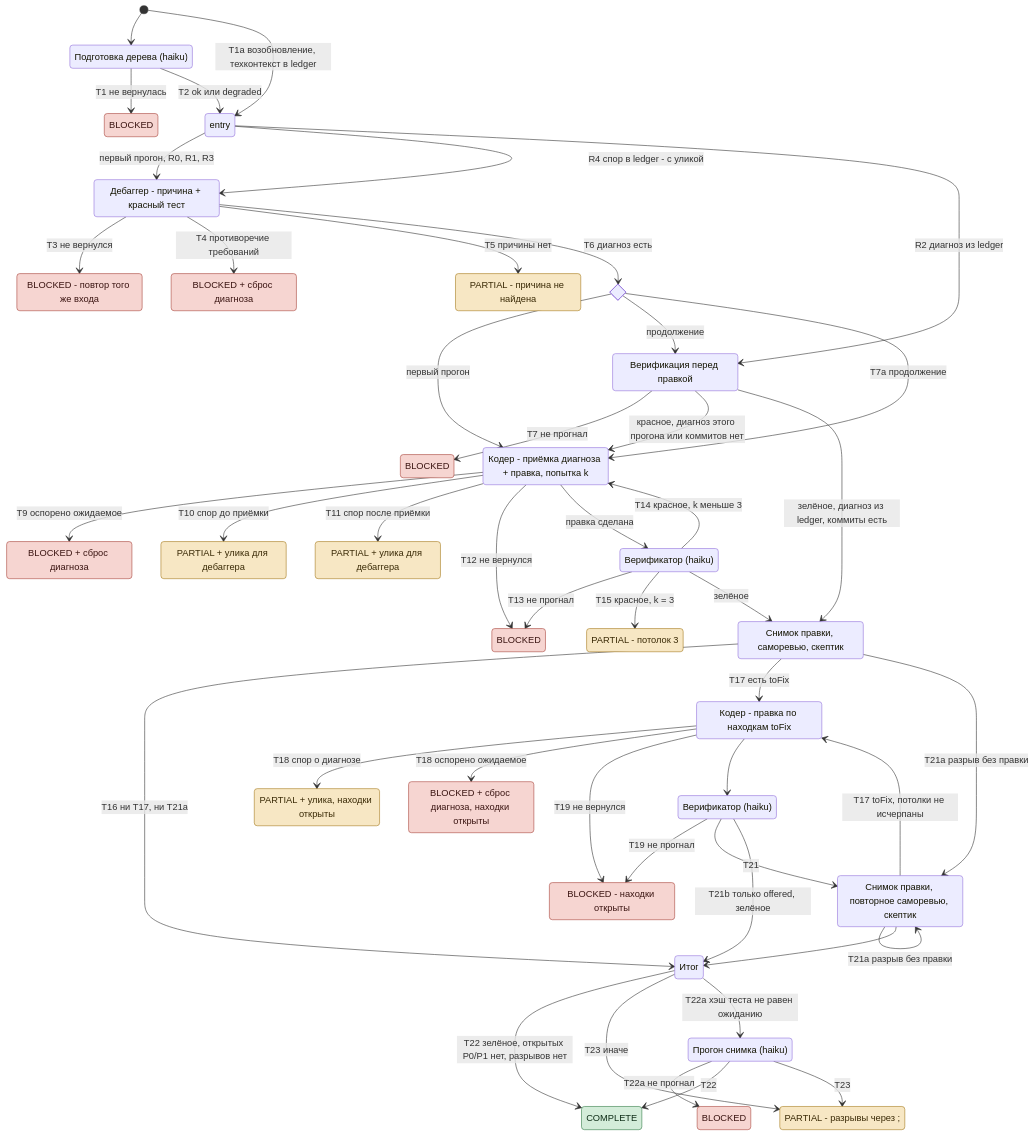
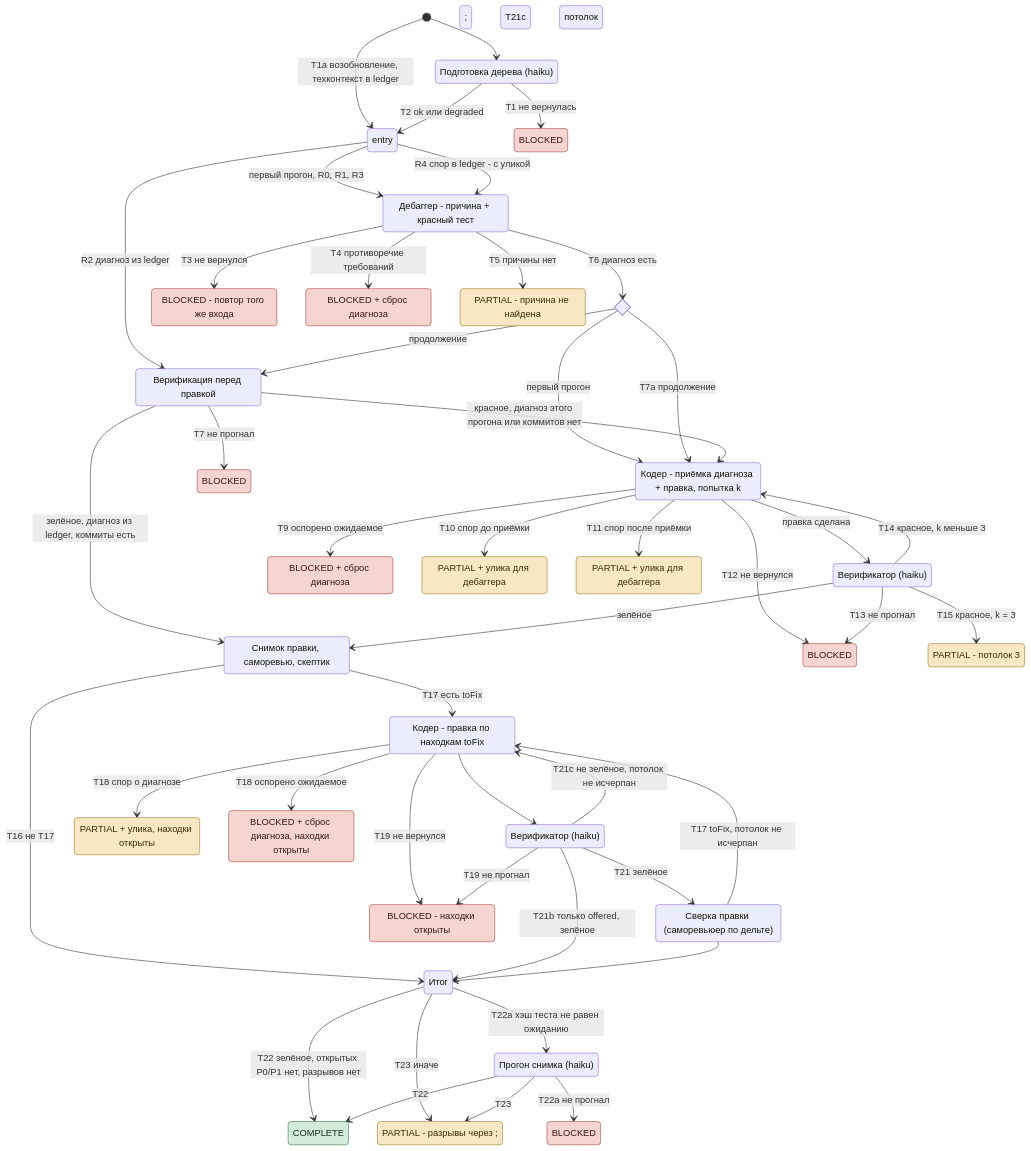
The diagram in plugins/auto/docs/tracks/bugfix.md (dex-it/ai-kit), drawn with Mermaid before and after one commit. The commit also changed other lines of this file and 17 other files, not shown here.

First line of the commit message:
refactor(auto): одно ревью на прогон, после правки по находкам - сверка правки по её дельте

```diff
--- a/plugins/auto/docs/tracks/bugfix.md
+++ b/plugins/auto/docs/tracks/bugfix.md
@@ -23,7 +23,7 @@
   state "Снимок правки, саморевью, скептик" as Review
   state "Кодер - правка по находкам toFix" as RFix
   state "Верификатор (haiku)" as Verify2
-  state "Снимок правки, повторное саморевью, скептик" as Review2
+  state "Сверка правки (саморевьюер по дельте)" as Review2
   state "Итог" as Final
   state "Прогон снимка (haiku)" as Snap
   state entry <<choice>>
@@ -74,18 +74,17 @@
   Verify --> P4: T15 красное, k = 3
   Verify --> Review: зелёное
 
-  Review --> Final: T16 ни T17, ни T21a
+  Review --> Final: T16 не T17
   Review --> RFix: T17 есть toFix
-  Review --> Review2: T21a разрыв без правки
   RFix --> P5: T18 спор о диагнозе
   RFix --> B8: T18 оспорено ожидаемое
   RFix --> B7: T19 не вернулся
   RFix --> Verify2
   Verify2 --> B7: T19 не прогнал
-  Verify2 --> Review2: T21
-  Verify2 --> Final: T21b только offered, зелёное
-  Review2 --> RFix: T17 toFix, потолки не исчерпаны
-  Review2 --> Review2: T21a разрыв без правки
+  Verify2 --> Review2: T21 зелёное
+  Verify2 --> RFix: T21c не зелёное, потолок не исчерпан
+  Verify2 --> Final: T21b только offered, зелёное; T21c потолок
+  Review2 --> RFix: T17 toFix, потолок не исчерпан
   Review2 --> Final
 
   Final --> C: T22 зелёное, открытых P0/P1 нет, разрывов нет
```
